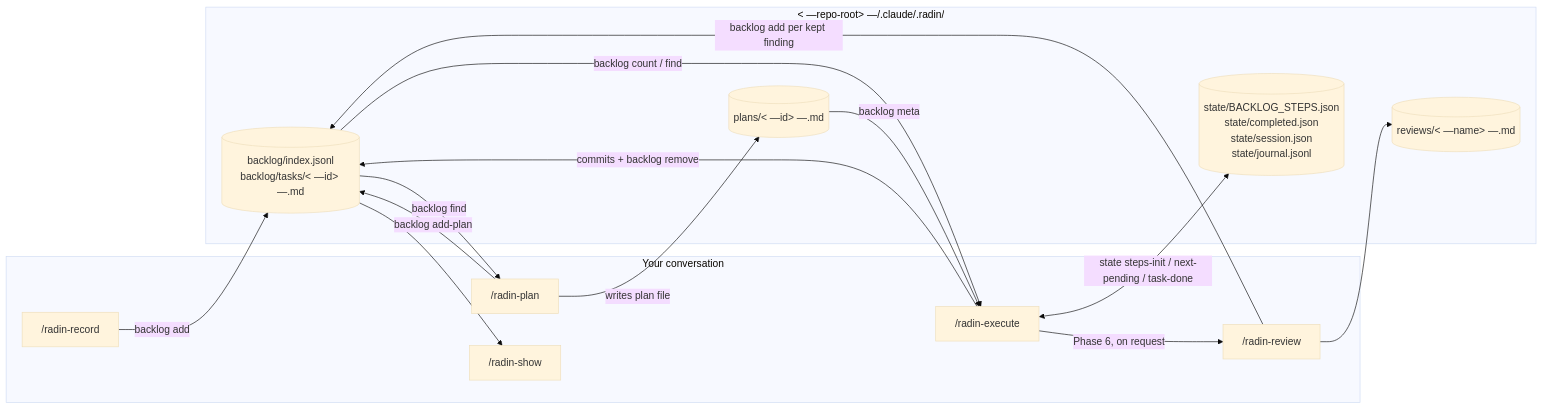
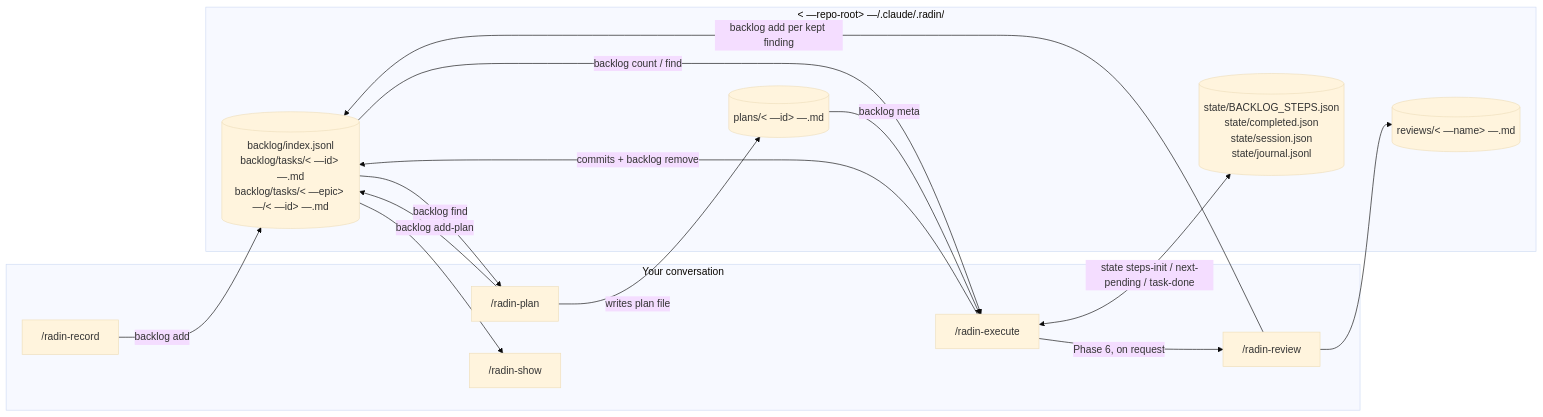
Before and after one commit to shortcuts/radin: the first of 5 diagrams in README.md, drawn with Mermaid (base theme). The commit also changed other lines of this file and 5 other files, not shown here.

First line of the commit message:
feat(backlog): group tasks under epic directories

````diff
--- a/README.md
+++ b/README.md
@@ -167,30 +172,30 @@
 ```mermaid
 flowchart LR
     subgraph you["Your conversation"]
         REC["/radin-record"]
         PLAN["/radin-plan"]
         EXEC["/radin-execute"]
         REV["/radin-review"]
         SHOW["/radin-show"]
     end
 
     subgraph disk["&lt —repo-root&gt —/.claude/.radin/"]
-        IDX[("backlog/index.jsonl<br/>backlog/tasks/&lt —id&gt —.md")]
+        IDX[("backlog/index.jsonl<br/>backlog/tasks/&lt —id&gt —.md<br/>backlog/tasks/&lt —epic&gt —/&lt —id&gt —.md")]
         PLANS[("plans/&lt —id&gt —.md")]
         STATE[("state/BACKLOG_STEPS.json<br/>state/completed.json<br/>state/session.json<br/>state/journal.jsonl")]
         REVS[("reviews/&lt —name&gt —.md")]
     end
 
     REC -->|"backlog add"| IDX
     IDX -->|"backlog find"| PLAN
     PLAN -->|"writes plan file"| PLANS
     PLAN -->|"backlog add-plan"| IDX
     IDX -->|"backlog count / find"| EXEC
     PLANS -->|"backlog meta"| EXEC
     EXEC <-->|"state steps-init / next-pending / task-done"| STATE
     EXEC -->|"commits + backlog remove"| IDX
     EXEC -->|"Phase 6, on request"| REV
     REV --> REVS
     REV -->|"backlog add per kept finding"| IDX
     IDX --> SHOW
 ```
````
